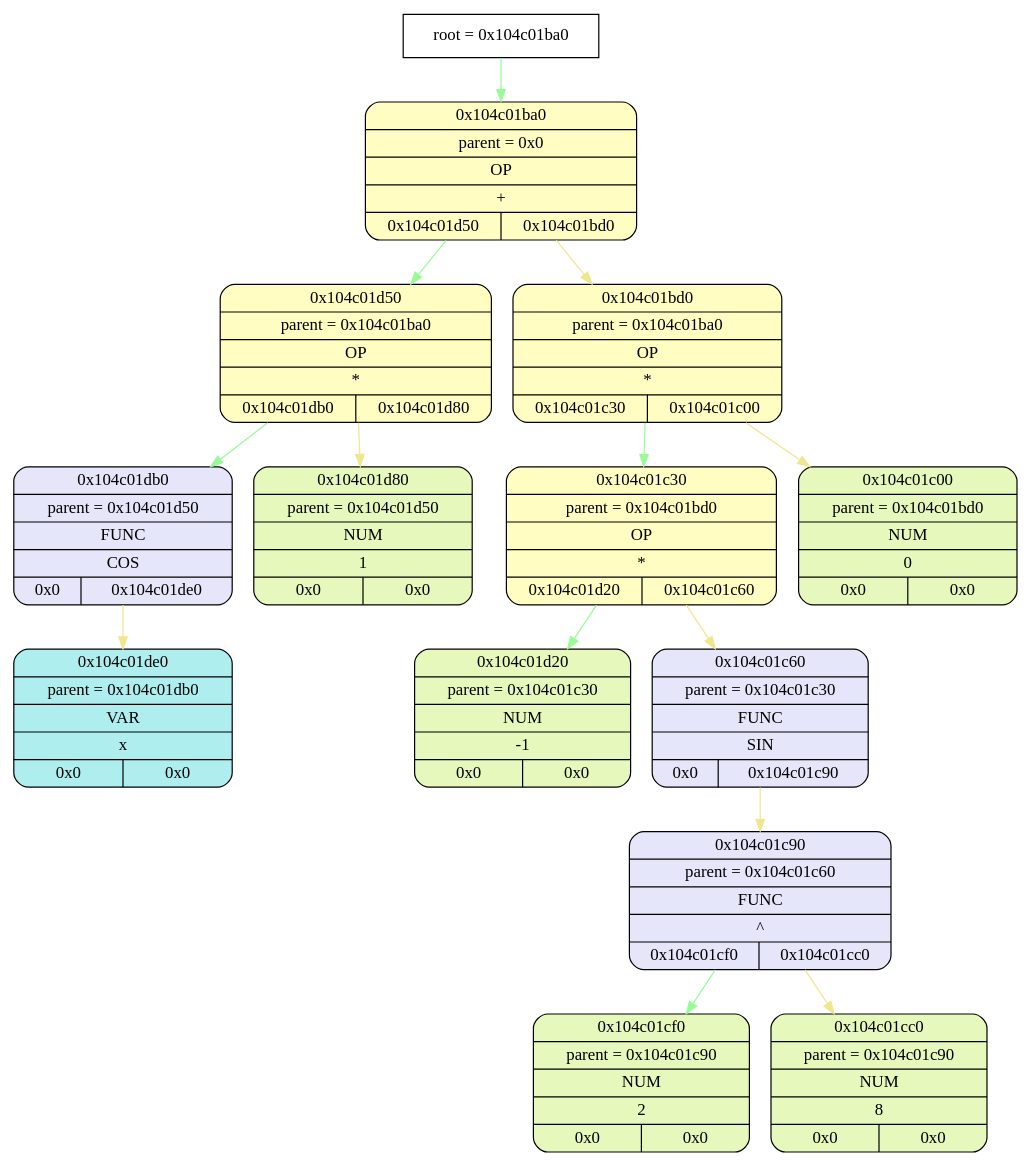
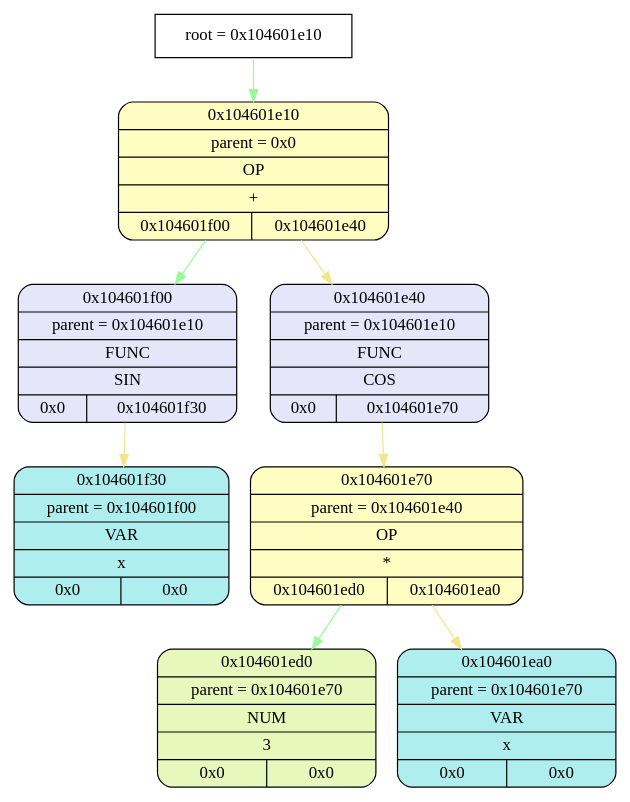
The diagram in tmp/graphviz.dot (esgalimov/differentiator), drawn with Graphviz before and after one commit. The commit also changed 7 other files, not shown here.

```diff
--- a/tmp/graphviz.dot
+++ b/tmp/graphviz.dot
@@ -1,44 +1,26 @@
 digraph
 {
-    node_info[shape = record, label = "{root = 0x104c01ba0}"];
+    node_info[shape = record, label = "{root = 0x104601e10}"];
 
-    node_info->node_0x104c01ba0 [color = "#98FB98"];
-    node_0x104c01ba0[shape = Mrecord, label = "{{0x104c01ba0} | {parent =  0x0} | {OP} | {+} | {0x104c01d50 | 0x104c01bd0}}",
+    node_info->node_0x104601e10 [color = "#98FB98"];
+    node_0x104601e10[shape = Mrecord, label = "{{0x104601e10} | {parent =  0x0} | {OP} | {+} | {0x104601f00 | 0x104601e40}}",
                 style="filled", fillcolor="#FFFDC2"];
-    node_0x104c01d50[shape = Mrecord, label = "{{0x104c01d50} | {parent =  0x104c01ba0} | {OP} | {*} | {0x104c01db0 | 0x104c01d80}}",
+    node_0x104601f00[shape = Mrecord, label = "{{0x104601f00} | {parent =  0x104601e10} | {FUNC} | {SIN} | {0x0 | 0x104601f30}}",
+                style="filled", fillcolor="#E6E6FA"];
+    node_0x104601f30[shape = Mrecord, label = "{{0x104601f30} | {parent =  0x104601f00} | {VAR} | {x} | {0x0 | 0x0}}",
+                style="filled", fillcolor="#AFEEEE"];
+    node_0x104601e40[shape = Mrecord, label = "{{0x104601e40} | {parent =  0x104601e10} | {FUNC} | {COS} | {0x0 | 0x104601e70}}",
+                style="filled", fillcolor="#E6E6FA"];
+    node_0x104601e70[shape = Mrecord, label = "{{0x104601e70} | {parent =  0x104601e40} | {OP} | {*} | {0x104601ed0 | 0x104601ea0}}",
                 style="filled", fillcolor="#FFFDC2"];
-    node_0x104c01db0[shape = Mrecord, label = "{{0x104c01db0} | {parent =  0x104c01d50} | {FUNC} | {COS} | {0x0 | 0x104c01de0}}",
-                style="filled", fillcolor="#E6E6FA"];
-    node_0x104c01de0[shape = Mrecord, label = "{{0x104c01de0} | {parent =  0x104c01db0} | {VAR} | {x} | {0x0 | 0x0}}",
+    node_0x104601ed0[shape = Mrecord, label = "{{0x104601ed0} | {parent =  0x104601e70} | {NUM} | {3} | {0x0 | 0x0}}",
+                style="filled", fillcolor="#E7F8BC"];
+    node_0x104601ea0[shape = Mrecord, label = "{{0x104601ea0} | {parent =  0x104601e70} | {VAR} | {x} | {0x0 | 0x0}}",
                 style="filled", fillcolor="#AFEEEE"];
-    node_0x104c01d80[shape = Mrecord, label = "{{0x104c01d80} | {parent =  0x104c01d50} | {NUM} | {1} | {0x0 | 0x0}}",
-                style="filled", fillcolor="#E7F8BC"];
-    node_0x104c01bd0[shape = Mrecord, label = "{{0x104c01bd0} | {parent =  0x104c01ba0} | {OP} | {*} | {0x104c01c30 | 0x104c01c00}}",
-                style="filled", fillcolor="#FFFDC2"];
-    node_0x104c01c30[shape = Mrecord, label = "{{0x104c01c30} | {parent =  0x104c01bd0} | {OP} | {*} | {0x104c01d20 | 0x104c01c60}}",
-                style="filled", fillcolor="#FFFDC2"];
-    node_0x104c01d20[shape = Mrecord, label = "{{0x104c01d20} | {parent =  0x104c01c30} | {NUM} | {-1} | {0x0 | 0x0}}",
-                style="filled", fillcolor="#E7F8BC"];
-    node_0x104c01c60[shape = Mrecord, label = "{{0x104c01c60} | {parent =  0x104c01c30} | {FUNC} | {SIN} | {0x0 | 0x104c01c90}}",
-                style="filled", fillcolor="#E6E6FA"];
-    node_0x104c01c90[shape = Mrecord, label = "{{0x104c01c90} | {parent =  0x104c01c60} | {FUNC} | {^} | {0x104c01cf0 | 0x104c01cc0}}",
-                style="filled", fillcolor="#E6E6FA"];
-    node_0x104c01cf0[shape = Mrecord, label = "{{0x104c01cf0} | {parent =  0x104c01c90} | {NUM} | {2} | {0x0 | 0x0}}",
-                style="filled", fillcolor="#E7F8BC"];
-    node_0x104c01cc0[shape = Mrecord, label = "{{0x104c01cc0} | {parent =  0x104c01c90} | {NUM} | {8} | {0x0 | 0x0}}",
-                style="filled", fillcolor="#E7F8BC"];
-    node_0x104c01c00[shape = Mrecord, label = "{{0x104c01c00} | {parent =  0x104c01bd0} | {NUM} | {0} | {0x0 | 0x0}}",
-                style="filled", fillcolor="#E7F8BC"];
-    node_0x104c01ba0->node_0x104c01d50 [color = "#98FB98"];
-    node_0x104c01d50->node_0x104c01db0 [color = "#98FB98"];
-    node_0x104c01db0->node_0x104c01de0 [color = "#F0E68C"];
-    node_0x104c01d50->node_0x104c01d80 [color = "#F0E68C"];
-    node_0x104c01ba0->node_0x104c01bd0 [color = "#F0E68C"];
-    node_0x104c01bd0->node_0x104c01c30 [color = "#98FB98"];
-    node_0x104c01c30->node_0x104c01d20 [color = "#98FB98"];
-    node_0x104c01c30->node_0x104c01c60 [color = "#F0E68C"];
-    node_0x104c01c60->node_0x104c01c90 [color = "#F0E68C"];
-    node_0x104c01c90->node_0x104c01cf0 [color = "#98FB98"];
-    node_0x104c01c90->node_0x104c01cc0 [color = "#F0E68C"];
-    node_0x104c01bd0->node_0x104c01c00 [color = "#F0E68C"];
+    node_0x104601e10->node_0x104601f00 [color = "#98FB98"];
+    node_0x104601f00->node_0x104601f30 [color = "#F0E68C"];
+    node_0x104601e10->node_0x104601e40 [color = "#F0E68C"];
+    node_0x104601e40->node_0x104601e70 [color = "#F0E68C"];
+    node_0x104601e70->node_0x104601ed0 [color = "#98FB98"];
+    node_0x104601e70->node_0x104601ea0 [color = "#F0E68C"];
 }
```
